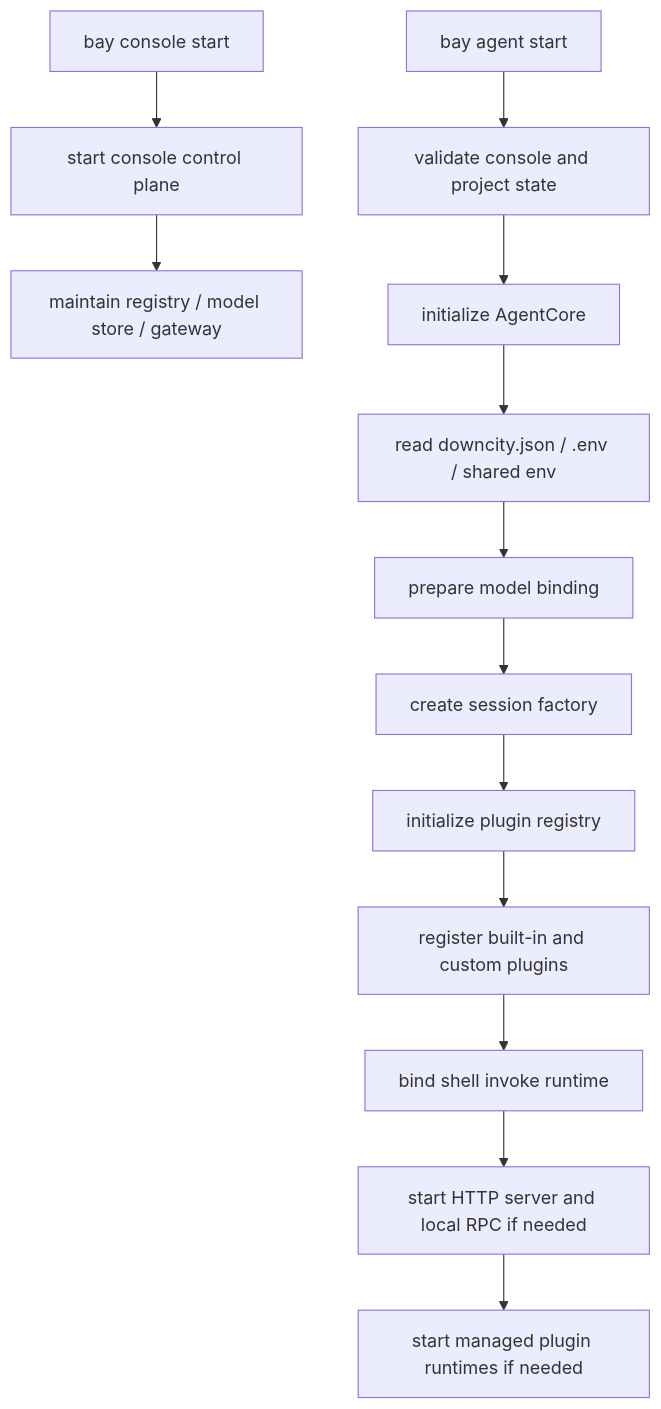
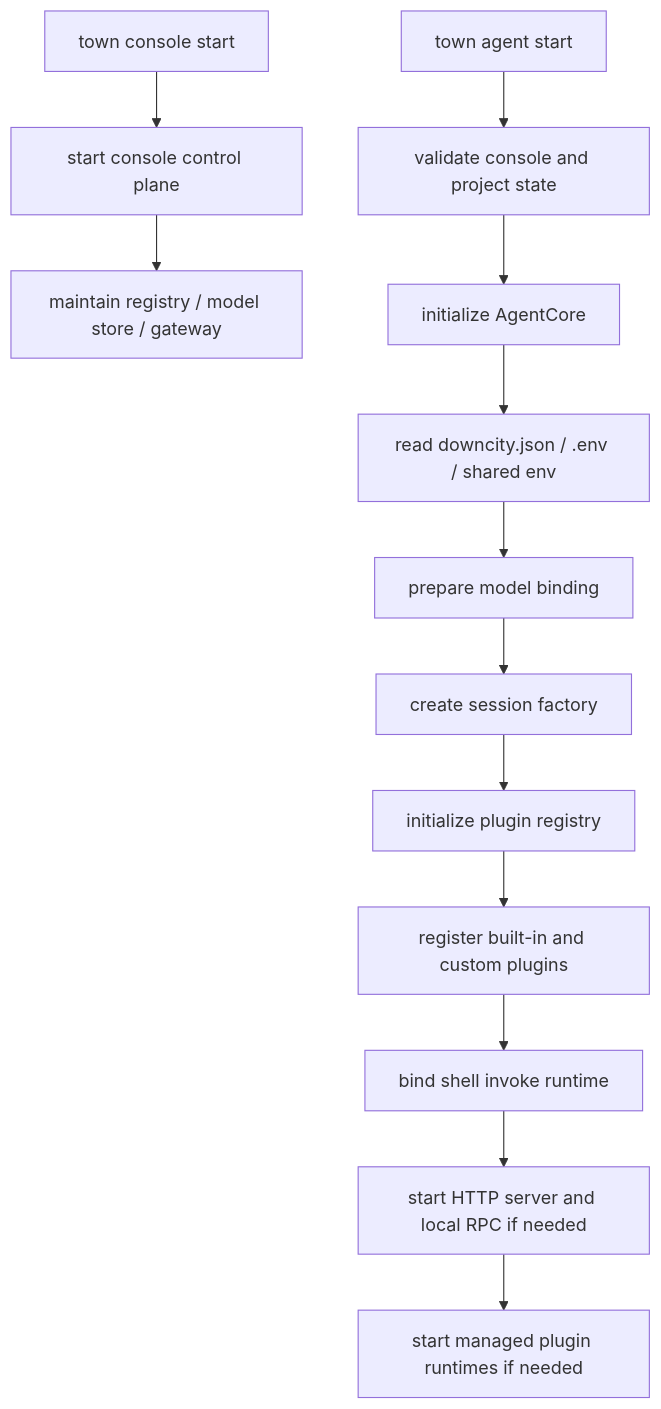
Before and after one commit to wangenius/downcity: the second of 3 diagrams in homepage/content/devdocs/en/package/runtime-and-plugins.mdx, drawn with Mermaid. The commit also changed other lines of this file and 1247 other files, not shown here.

````diff
--- a/homepage/content/devdocs/en/package/runtime-and-plugins.mdx
+++ b/homepage/content/devdocs/en/package/runtime-and-plugins.mdx
@@ -89,16 +89,16 @@
 ```mermaid
 flowchart TD
-  A["bay console start"] --> B["start console control plane"]
+  A["town console start"] --> B["start console control plane"]
   B --> C["maintain registry / model store / gateway"]
 
-  D["bay agent start"] --> E["validate console and project state"]
+  D["town agent start"] --> E["validate console and project state"]
   E --> F["initialize AgentCore"]
   F --> G["read downcity.json / .env / shared env"]
   G --> H["prepare model binding"]
   H --> I["create session factory"]
   I --> J["initialize plugin registry"]
   J --> K["register built-in and custom plugins"]
   K --> L["bind shell invoke runtime"]
   L --> M["start HTTP server and local RPC if needed"]
   M --> N["start managed plugin runtimes if needed"]
 ```
````
